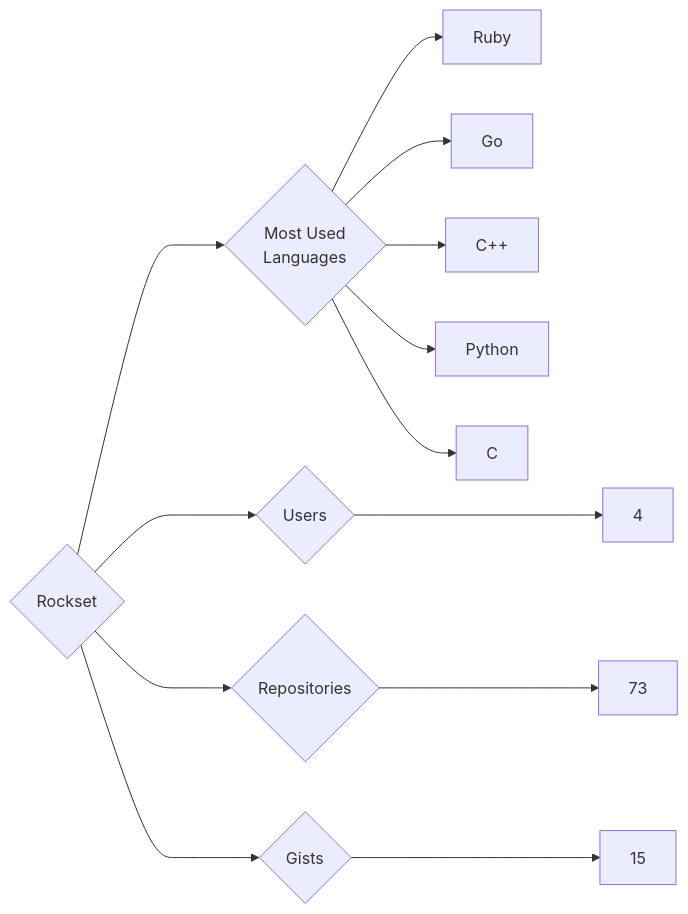
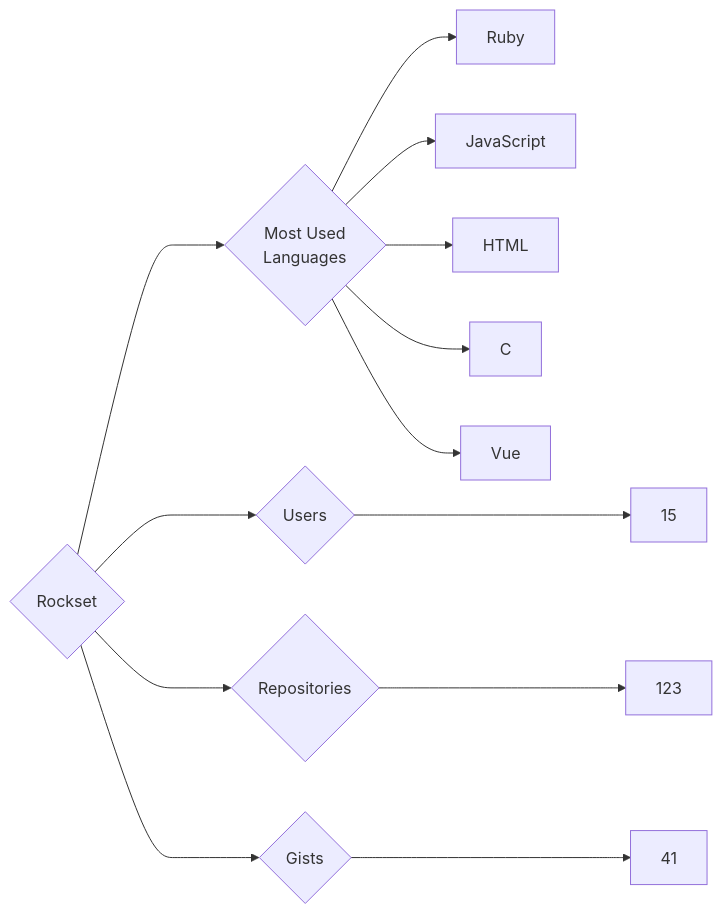
The diagram in targets/Rockset/README.md (trickest/insiders), drawn with Mermaid before and after one commit. The commit also changed 860 other files, not shown here.

````diff
--- a/targets/Rockset/README.md
+++ b/targets/Rockset/README.md
@@ -3,13 +3,13 @@
 ```mermaid
 graph LR
 COMPANY_NAME{Rockset}
-COMPANY_NAME ---> U{Users} ---> UN[4]
-COMPANY_NAME ---> R{Repositories} ---> RN[73]
-COMPANY_NAME ---> G{Gists} ---> GN[15]
+COMPANY_NAME ---> U{Users} ---> UN[15]
+COMPANY_NAME ---> R{Repositories} ---> RN[123]
+COMPANY_NAME ---> G{Gists} ---> GN[41]
 COMPANY_NAME ---> ML{Most Used<br>Languages}
 ML --> Ruby[Ruby]
-ML --> Go[Go]
-ML --> C++[C++]
-ML --> Python[Python]
+ML --> JavaScript[JavaScript]
+ML --> HTML[HTML]
 ML --> C[C]
+ML --> Vue[Vue]
 ```
````
